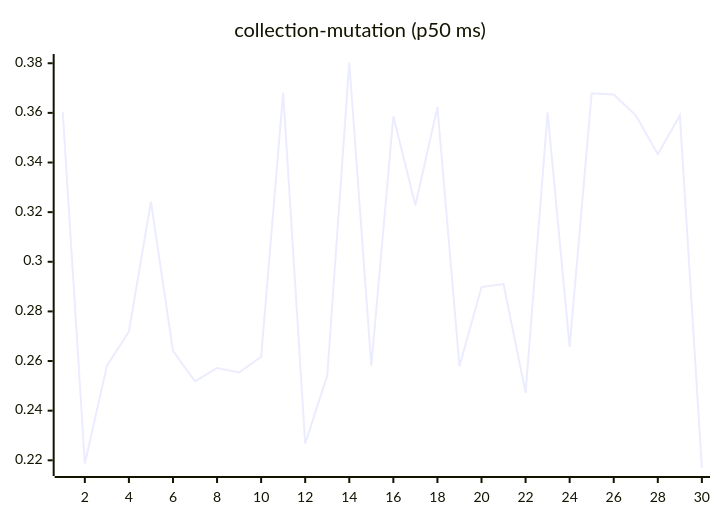
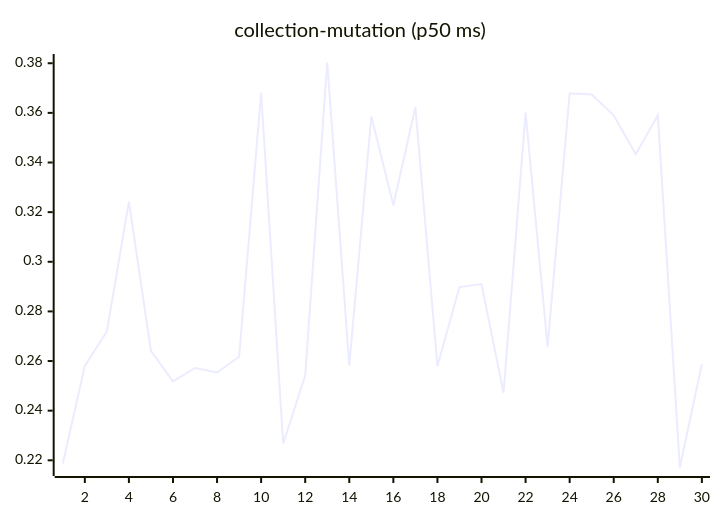
Before and after one commit to josha/Facet: the sixth of 27 diagrams in README.md, drawn with Mermaid. The commit also changed other lines of this file and 2 other files, not shown here.

````diff
--- a/README.md
+++ b/README.md
@@ -98,6 +98,6 @@
 ```mermaid
 xychart-beta
     title "collection-mutation (p50 ms)"
     x-axis 1 --> 30
-    line [0.3602, 0.2187, 0.2580, 0.2719, 0.3242, 0.2641, 0.2518, 0.2572, 0.2554, 0.2617, 0.3682, 0.2267, 0.2541, 0.3803, 0.2581, 0.3586, 0.3228, 0.3623, 0.2579, 0.2898, 0.2910, 0.2472, 0.3601, 0.2657, 0.3679, 0.3674, 0.3590, 0.3433, 0.3590, 0.2171]
+    line [0.2187, 0.2580, 0.2719, 0.3242, 0.2641, 0.2518, 0.2572, 0.2554, 0.2617, 0.3682, 0.2267, 0.2541, 0.3803, 0.2581, 0.3586, 0.3228, 0.3623, 0.2579, 0.2898, 0.2910, 0.2472, 0.3601, 0.2657, 0.3679, 0.3674, 0.3590, 0.3433, 0.3590, 0.2171, 0.2588]
 ```
````
